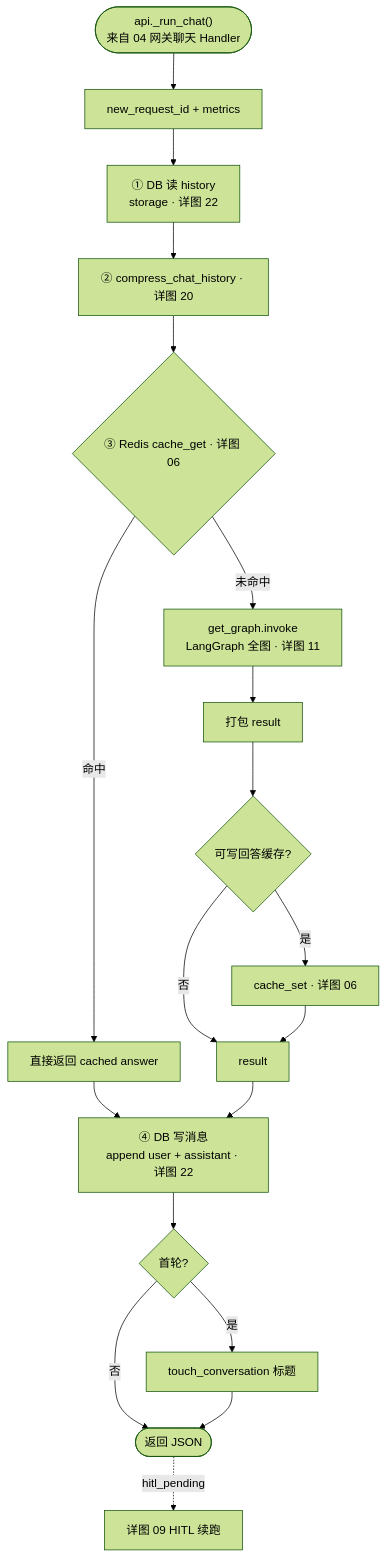
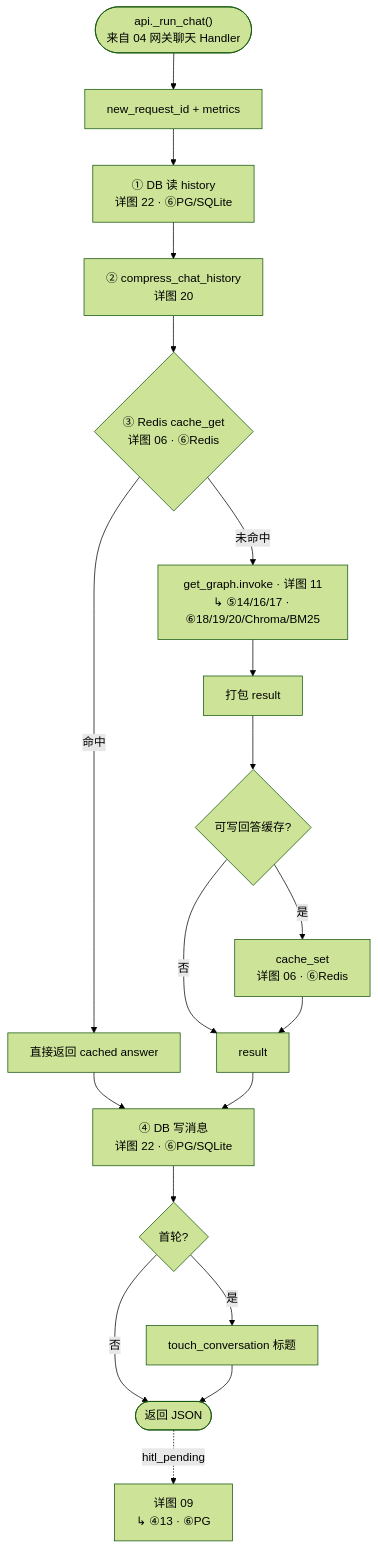
Before and after one commit to charlie-chann/ai-agent-langgraph-main: the eighth of 23 diagrams in project_00_rag_agent/docs/architecture.md, drawn with Mermaid (forest theme). The commit also changed other lines of this file and 19 other files, not shown here.

Commit message:
docs(project_00): 完善 Streamlit UI 与启动流程源图

````diff
--- a/project_00_rag_agent/docs/architecture.md
+++ b/project_00_rag_agent/docs/architecture.md
@@ -467,27 +466,28 @@
 ```mermaid
 flowchart TD
     START(["api._run_chat()<br/>来自 04 网关聊天 Handler"]) --> RID[new_request_id + metrics]
-    RID --> LOAD["① DB 读 history<br/>storage · 详图 22"]
-    LOAD --> A1["② compress_chat_history · 详图 20"]
-    A1 --> A2{"③ Redis cache_get · 详图 06"}
+    RID --> LOAD["① DB 读 history<br/>详图 22 · ⑥PG/SQLite"]
+    LOAD --> A1["② compress_chat_history<br/>详图 20"]
+    A1 --> A2{"③ Redis cache_get<br/>详图 06 · ⑥Redis"}
 
     A2 -->|命中| A2H[直接返回 cached answer]
-    A2 -->|未命中| A3["get_graph.invoke<br/>LangGraph 全图 · 详图 11"]
+    A2 -->|未命中| A3["get_graph.invoke · 详图 11<br/>↳ ⑤14/16/17 · ⑥18/19/20/Chroma/BM25"]
 
     A3 --> A4[打包 result]
     A4 --> A5{可写回答缓存?}
-    A5 -->|是| A6[cache_set · 详图 06]
+    A5 -->|是| A6["cache_set<br/>详图 06 · ⑥Redis"]
     A5 -->|否| MERGE[result]
     A6 --> MERGE
 
     A2H --> SAVE
-    MERGE --> SAVE["④ DB 写消息<br/>append user + assistant · 详图 22"]
+    MERGE --> SAVE["④ DB 写消息<br/>详图 22 · ⑥PG/SQLite"]
     SAVE --> TIT{首轮?}
     TIT -->|是| TITLE[touch_conversation 标题]
     TIT -->|否| RETURN
     TITLE --> RETURN([返回 JSON])
 
-    RETURN -.->|hitl_pending| H09[详图 09 HITL 续跑]
+    RETURN -.->|hitl_pending| H09["详图 09<br/>↳ ④13 · ⑥PG"]
 
     %% ②③ 在 agent.ask()；①④ 在 api._run_chat()
+    %% ⑤=工具层 14/15/16/17；⑥=基建 18/19/20/Redis/PG/Chroma 等
 ```
````
